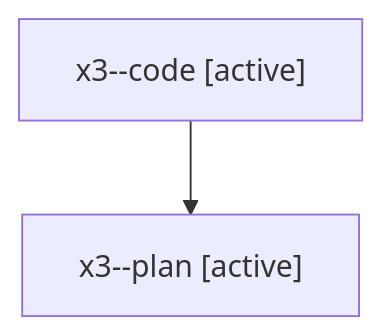
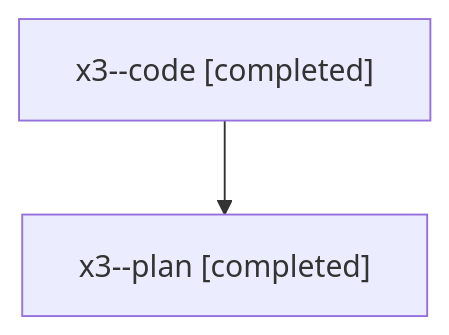
One commit to sase-org/sase--agents changed the diagram in families/bbugyi200.athena.x3.md. Above: the diagram before and after it, drawn with Mermaid. The commit also changed other lines of this file and 91 other files, not shown here.

````diff
--- a/families/bbugyi200.athena.x3.md
+++ b/families/bbugyi200.athena.x3.md
@@ -9,6 +9,6 @@
 ```mermaid
 flowchart TD
-  n0["x3--code [active]"]
-  n1["x3--plan [active]"]
+  n0["x3--code [completed]"]
+  n1["x3--plan [completed]"]
   n0 --> n1
 ```
````
